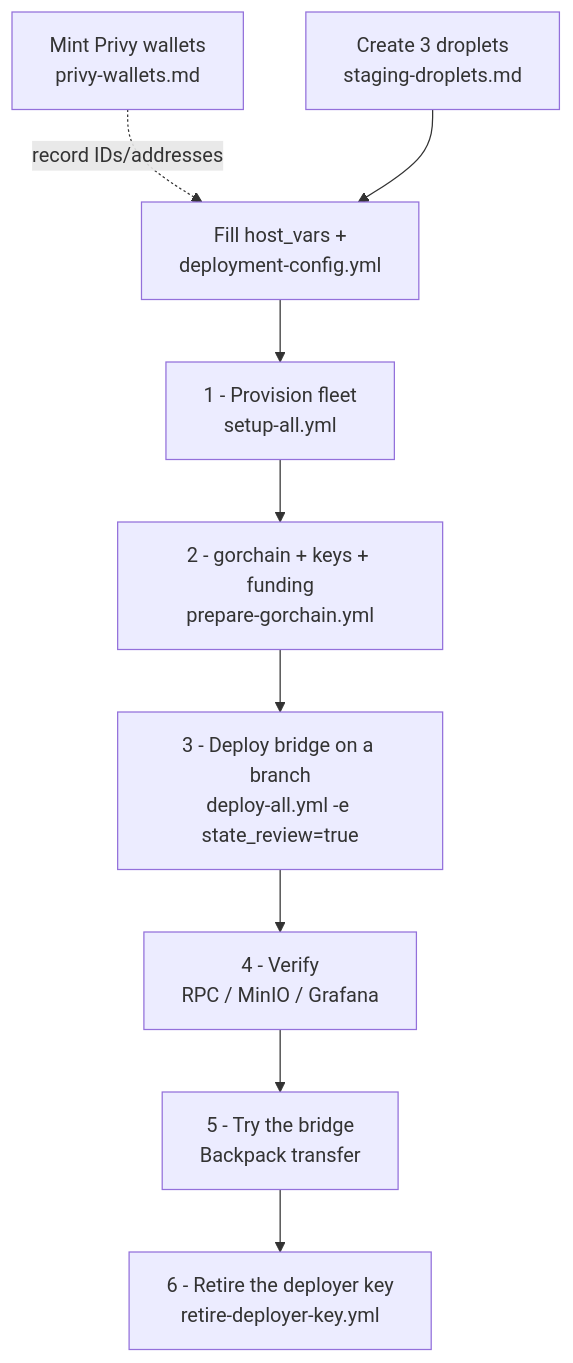
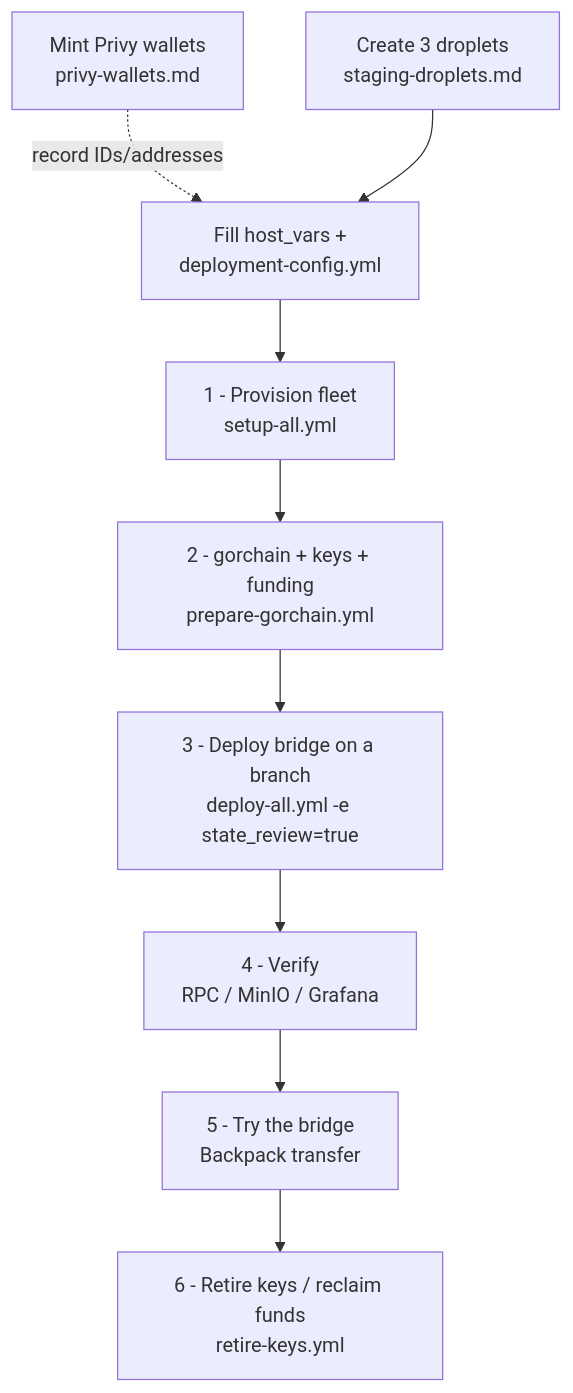
The diagram in ops/runbooks/staging.md (gorbagana-dev/hyperlane-stacks), drawn with Mermaid before and after one commit. The commit also changed other lines of this file and 1 other file, not shown here.

First line of the commit message:
docs(runbooks): list agent endpoints in the services table; retire-keys

````diff
--- a/ops/runbooks/staging.md
+++ b/ops/runbooks/staging.md
@@ -19,11 +19,11 @@
 ```mermaid
 flowchart TD
     P[Mint Privy wallets<br/>privy-wallets.md] -. record IDs/addresses .-> CFG
     VM[Create 3 droplets<br/>staging-droplets.md] --> CFG[Fill host_vars +<br/>deployment-config.yml]
     CFG --> S1[1 - Provision fleet<br/>setup-all.yml]
     S1 --> S2[2 - gorchain + keys + funding<br/>prepare-gorchain.yml]
     S2 --> S3[3 - Deploy bridge on a branch<br/>deploy-all.yml -e state_review=true]
     S3 --> S4[4 - Verify<br/>RPC / MinIO / Grafana]
     S4 --> S5[5 - Try the bridge<br/>Backpack transfer]
-    S5 --> S6[6 - Retire the deployer key<br/>retire-deployer-key.yml]
+    S5 --> S6[6 - Retire keys / reclaim funds<br/>retire-keys.yml]
 ```
````
